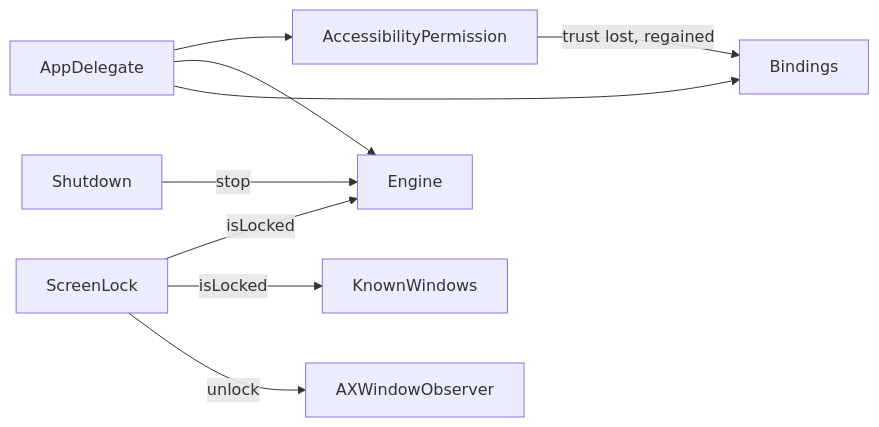
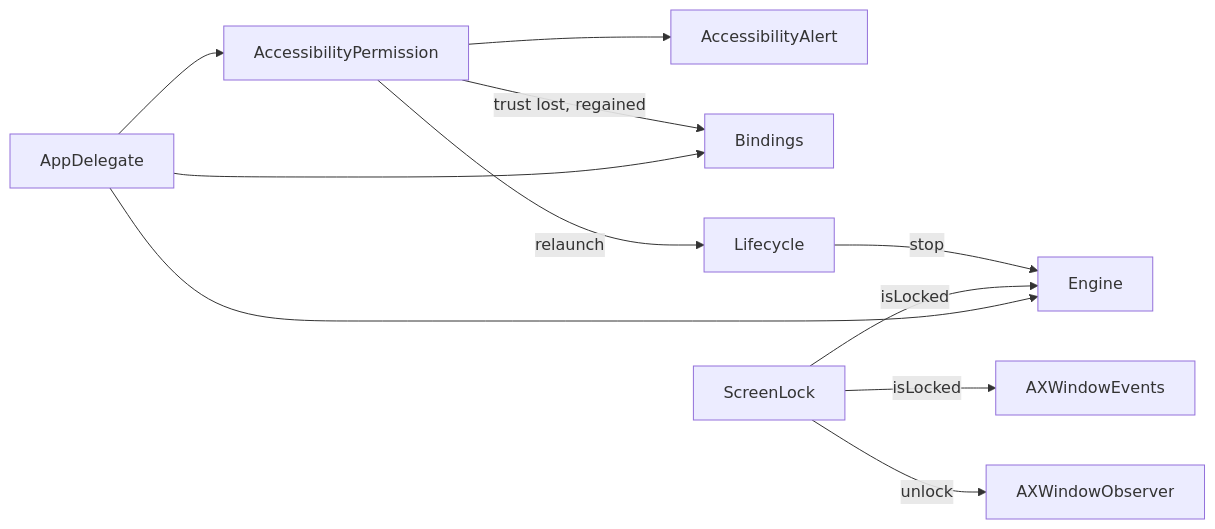
One commit to brennovich/ottowm changed the sixth of 17 diagrams in ARCHITECTURE.md. Above: the diagram before and after it, drawn with Mermaid. The commit also changed other lines of this file and 72 other files, not shown here.

````diff
--- a/ARCHITECTURE.md
+++ b/ARCHITECTURE.md
@@ -141,11 +153,13 @@
 ```mermaid
 flowchart LR
     AppDelegate --> AccessibilityPermission
+    AccessibilityPermission --> AccessibilityAlert
     AppDelegate --> Engine
     AppDelegate --> Bindings
     AccessibilityPermission -->|trust lost, regained| Bindings
     ScreenLock -->|isLocked| Engine
-    ScreenLock -->|isLocked| KnownWindows
+    ScreenLock -->|isLocked| AXWindowEvents
     ScreenLock -->|unlock| AXWindowObserver
-    Shutdown -->|stop| Engine
+    Lifecycle -->|stop| Engine
+    AccessibilityPermission -->|relaunch| Lifecycle
 ```
````
